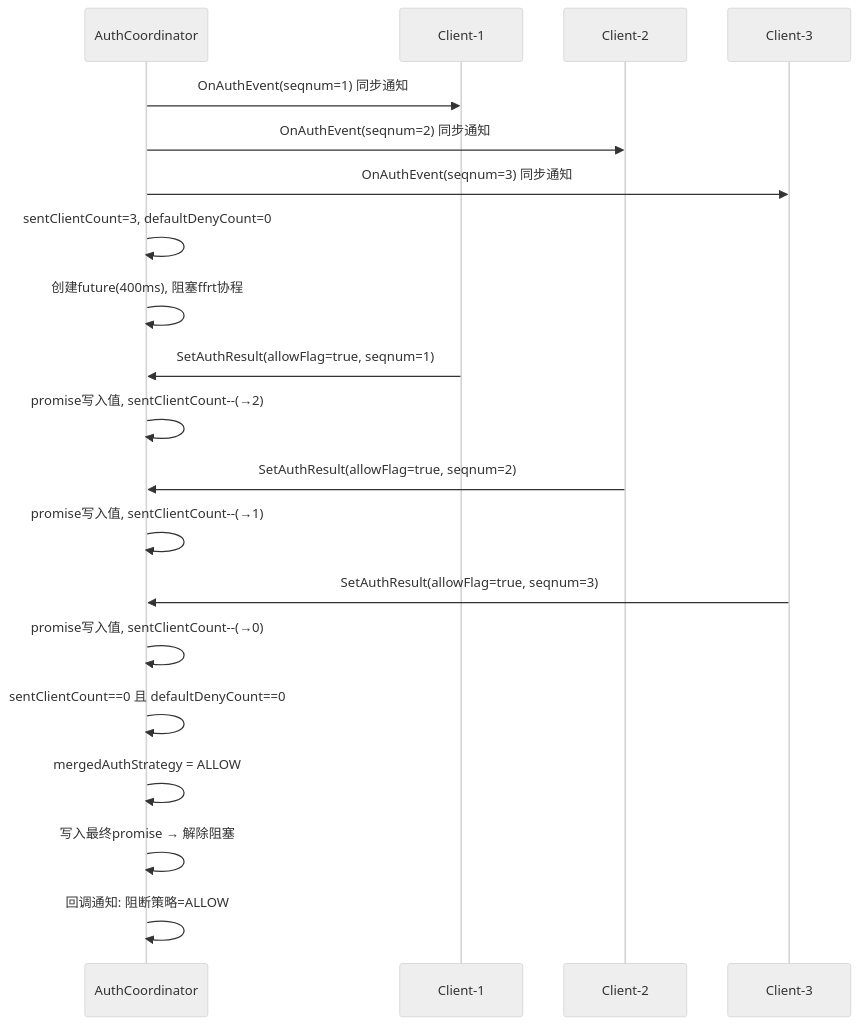
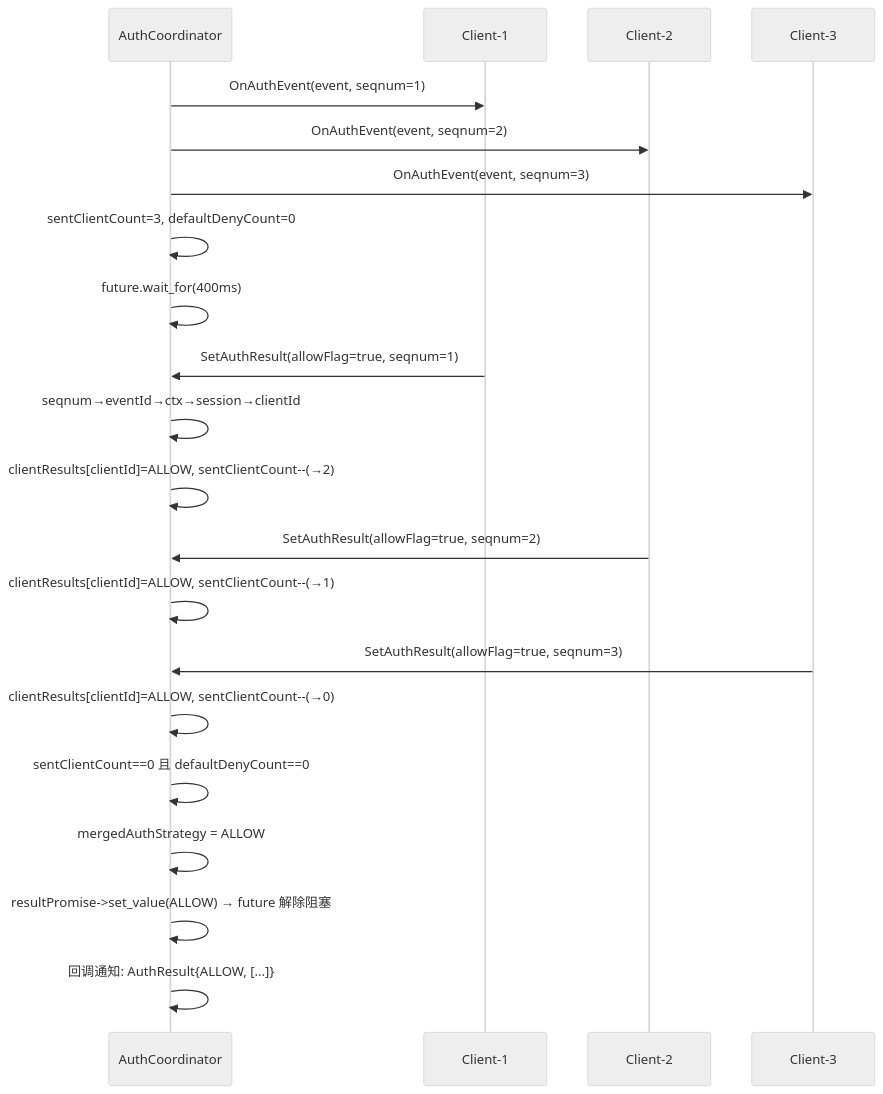
Before and after one commit to eclipse-oniro-mirrors/security_security_guard: the fifth of 10 diagrams in .sdd/SR-20260806903302/design-doc.md, drawn with Mermaid (neutral theme). The commit also changed other lines of this file and 50 other files, not shown here.

````diff
--- a/.sdd/SR-20260806903302/design-doc.md
+++ b/.sdd/SR-20260806903302/design-doc.md
@@ -243,27 +258,28 @@
 ```mermaid
 sequenceDiagram
     participant AC as AuthCoordinator
     participant C1 as Client-1
     participant C2 as Client-2
     participant C3 as Client-3
 
-    AC->>C1: OnAuthEvent(seqnum=1) 同步通知
-    AC->>C2: OnAuthEvent(seqnum=2) 同步通知
-    AC->>C3: OnAuthEvent(seqnum=3) 同步通知
+    AC->>C1: OnAuthEvent(event, seqnum=1)
+    AC->>C2: OnAuthEvent(event, seqnum=2)
+    AC->>C3: OnAuthEvent(event, seqnum=3)
 
     AC->>AC: sentClientCount=3, defaultDenyCount=0
-    AC->>AC: 创建future(400ms), 阻塞ffrt协程
+    AC->>AC: future.wait_for(400ms)
 
     C1->>AC: SetAuthResult(allowFlag=true, seqnum=1)
-    AC->>AC: promise写入值, sentClientCount--(→2)
+    AC->>AC: seqnum→eventId→ctx→session→clientId
+    AC->>AC: clientResults[clientId]=ALLOW, sentClientCount--(→2)
 
     C2->>AC: SetAuthResult(allowFlag=true, seqnum=2)
-    AC->>AC: promise写入值, sentClientCount--(→1)
+    AC->>AC: clientResults[clientId]=ALLOW, sentClientCount--(→1)
 
     C3->>AC: SetAuthResult(allowFlag=true, seqnum=3)
-    AC->>AC: promise写入值, sentClientCount--(→0)
+    AC->>AC: clientResults[clientId]=ALLOW, sentClientCount--(→0)
     AC->>AC: sentClientCount==0 且 defaultDenyCount==0
     AC->>AC: mergedAuthStrategy = ALLOW
-    AC->>AC: 写入最终promise → 解除阻塞
-    AC->>AC: 回调通知: 阻断策略=ALLOW
+    AC->>AC: resultPromise->set_value(ALLOW) → future 解除阻塞
+    AC->>AC: 回调通知: AuthResult{ALLOW, [...]}
 ```
````
